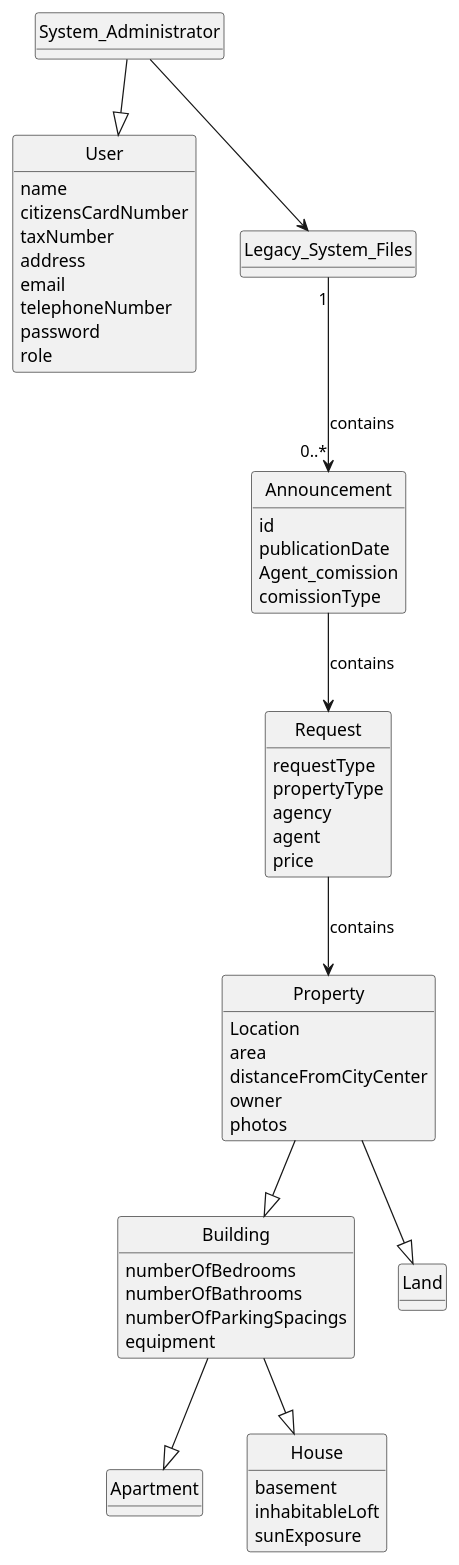
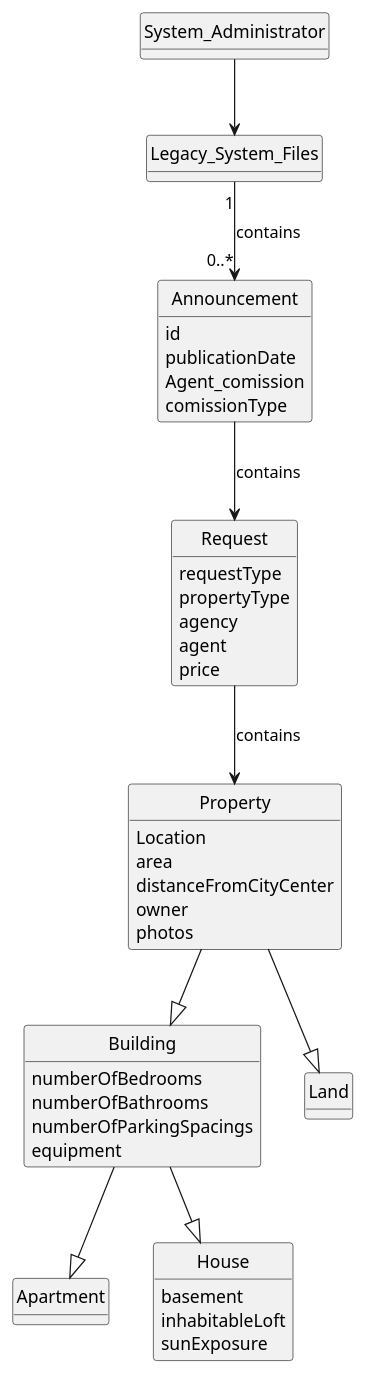
The diagram in docs/sprintC/us012/02.analysis/puml/us012-domain-model.puml (1220812/LAPR2), drawn with PlantUML before and after one commit. The commit also changed 1 other file, not shown here.

```diff
--- a/docs/sprintC/us012/02.analysis/puml/us012-domain-model.puml
+++ b/docs/sprintC/us012/02.analysis/puml/us012-domain-model.puml
@@ -1,93 +1,77 @@
 @startuml
 skinparam monochrome true
 skinparam packageStyle rectangle
 skinparam shadowing false
 
 'left to right direction
 
 skinparam classAttributeIconSize 0
 
 hide circle
 hide methods
 
 'title Domain Model
 
 'class Platform {
 '  -description
 '}
 
 class Announcement{
 id
 publicationDate
 Agent_comission
 comissionType
 }
 
 class Request{
 requestType
 propertyType
 agency
 agent
 price
 }
 
 class Property{
 Location
 area
 distanceFromCityCenter
 owner
 photos
 }
 
 class Building{
 numberOfBedrooms
 numberOfBathrooms
 numberOfParkingSpacings
 equipment
 }
 
 class Land{
 }
 
 class Apartment {
 
 }
 
 class House{
 basement
 inhabitableLoft
 sunExposure
 }
 
-class User{
-name
-citizensCardNumber
-taxNumber
-address
-email
-telephoneNumber
-password
-role
-}
-
-class System_Administrator{
-
-}
-
 class Legacy_System_Files {
 }
 
 
-System_Administrator --|> User
 System_Administrator --> Legacy_System_Files
 Legacy_System_Files "1" --> "0..*" Announcement : contains
 
 Property --|> Building
 Property --|> Land
 Building --|> Apartment
 Building --|> House
 Request --> Property : contains
 Announcement --> Request : contains
 
 
 @enduml
```
